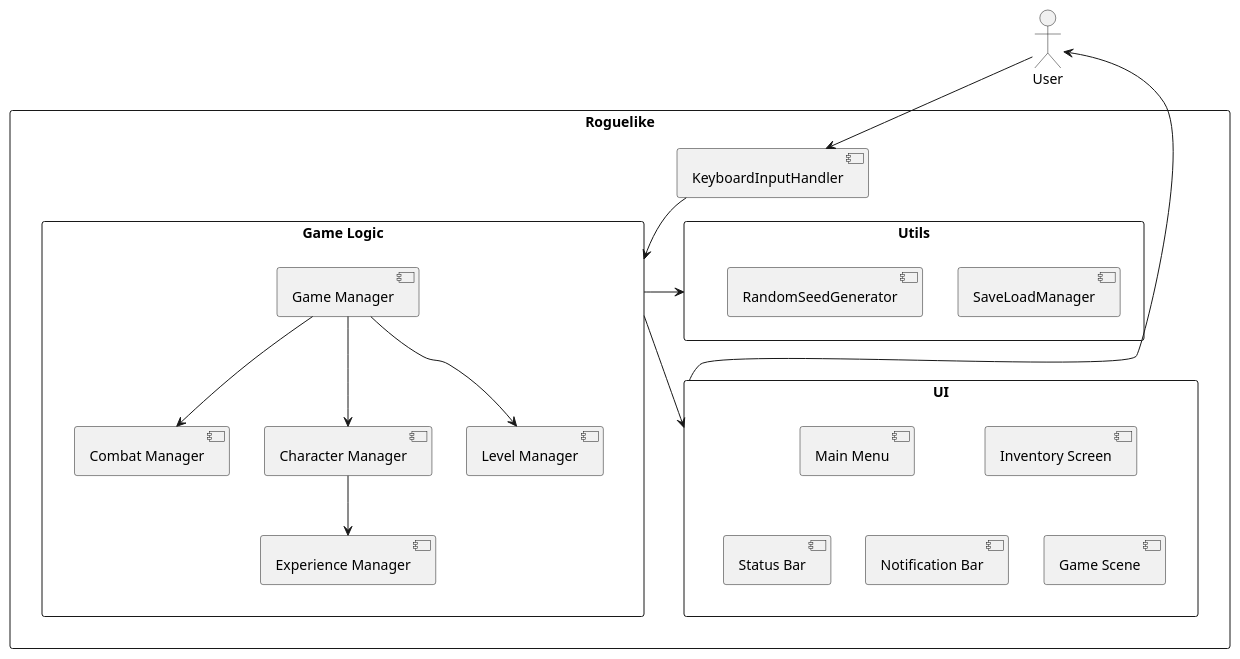
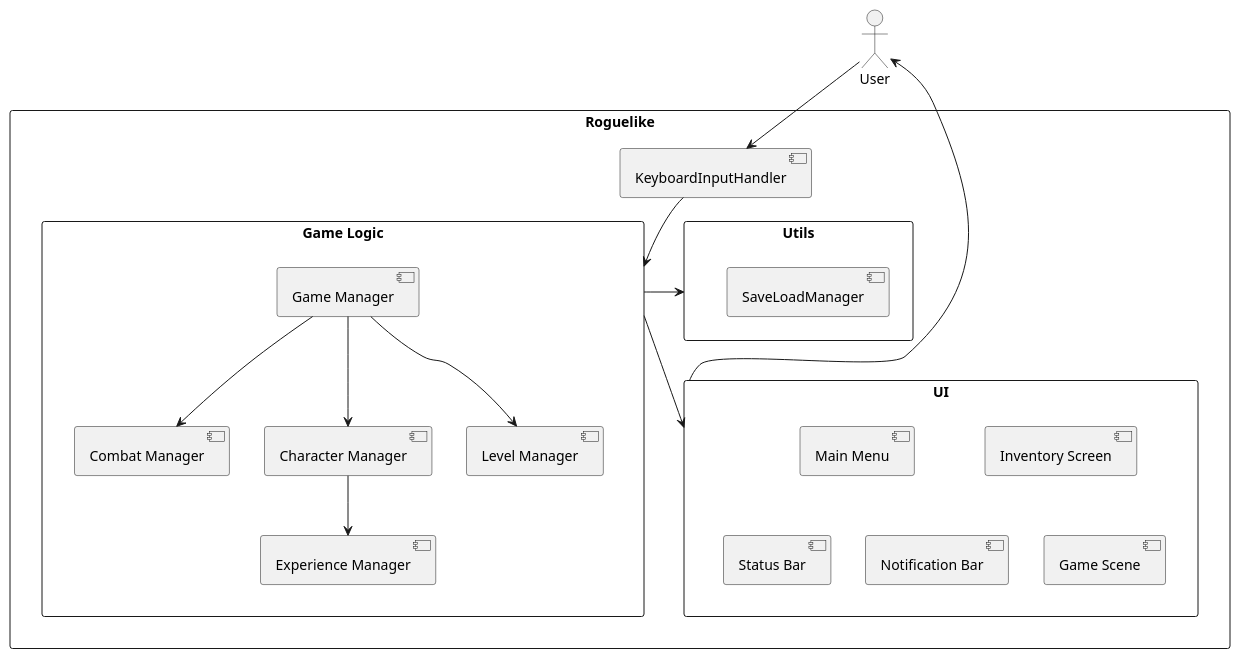
One commit to itmo-software-design/roguelike changed the diagram in docs/schemas/componentDiagram.puml. Above: the diagram before and after it, drawn with PlantUML. The commit also changed 14 other files, not shown here.

```diff
--- a/docs/schemas/componentDiagram.puml
+++ b/docs/schemas/componentDiagram.puml
@@ -1,42 +1,41 @@
 @startuml
 top to bottom direction
 
 actor User
 
 rectangle "Roguelike" {
     [KeyboardInputHandler]
 
     rectangle "Utils" {
         [SaveLoadManager]
-        [RandomSeedGenerator]
     }
     rectangle "Game Logic" {
         [Game Manager]
         together {
             [Level Manager]
             [Character Manager]
             [Experience Manager]
             [Combat Manager]
         }
     }
     rectangle "UI" {
         [Main Menu]
         [Inventory Screen]
         together {
             [Game Scene]
             [Status Bar]
             [Notification Bar]
         }
     }
 }
 
 User -down-> [KeyboardInputHandler]
 [KeyboardInputHandler] -down-> [Game Logic]
 [Game Manager] -down-> [Level Manager]
 [Game Manager] -down-> [Character Manager]
 [Character Manager] -down-> [Experience Manager]
 [Game Manager] -down-> [Combat Manager]
 [Game Logic] -down-> [UI]
 [Game Logic] -left-> [Utils]
 UI -up-> User
 @enduml
```
